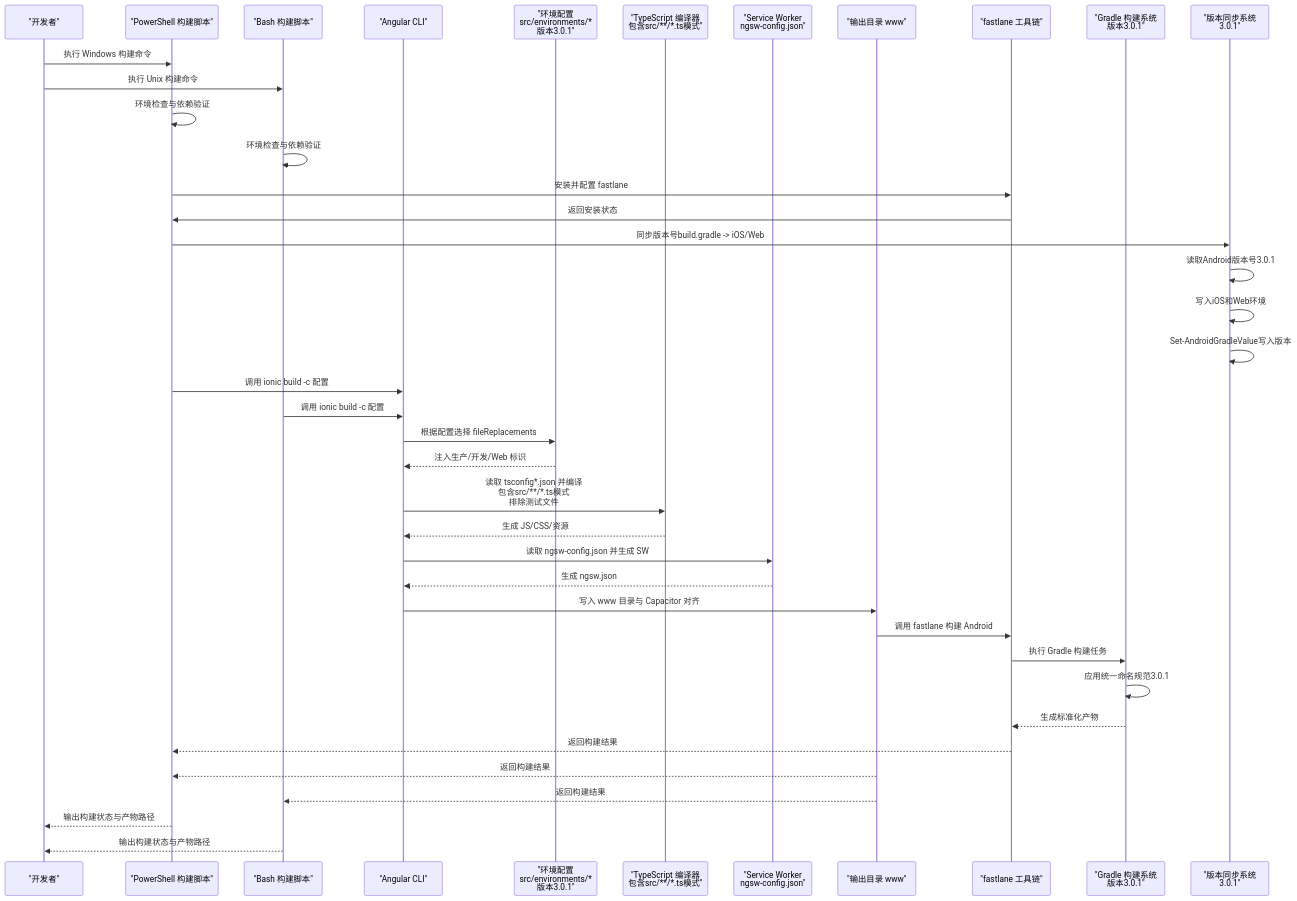
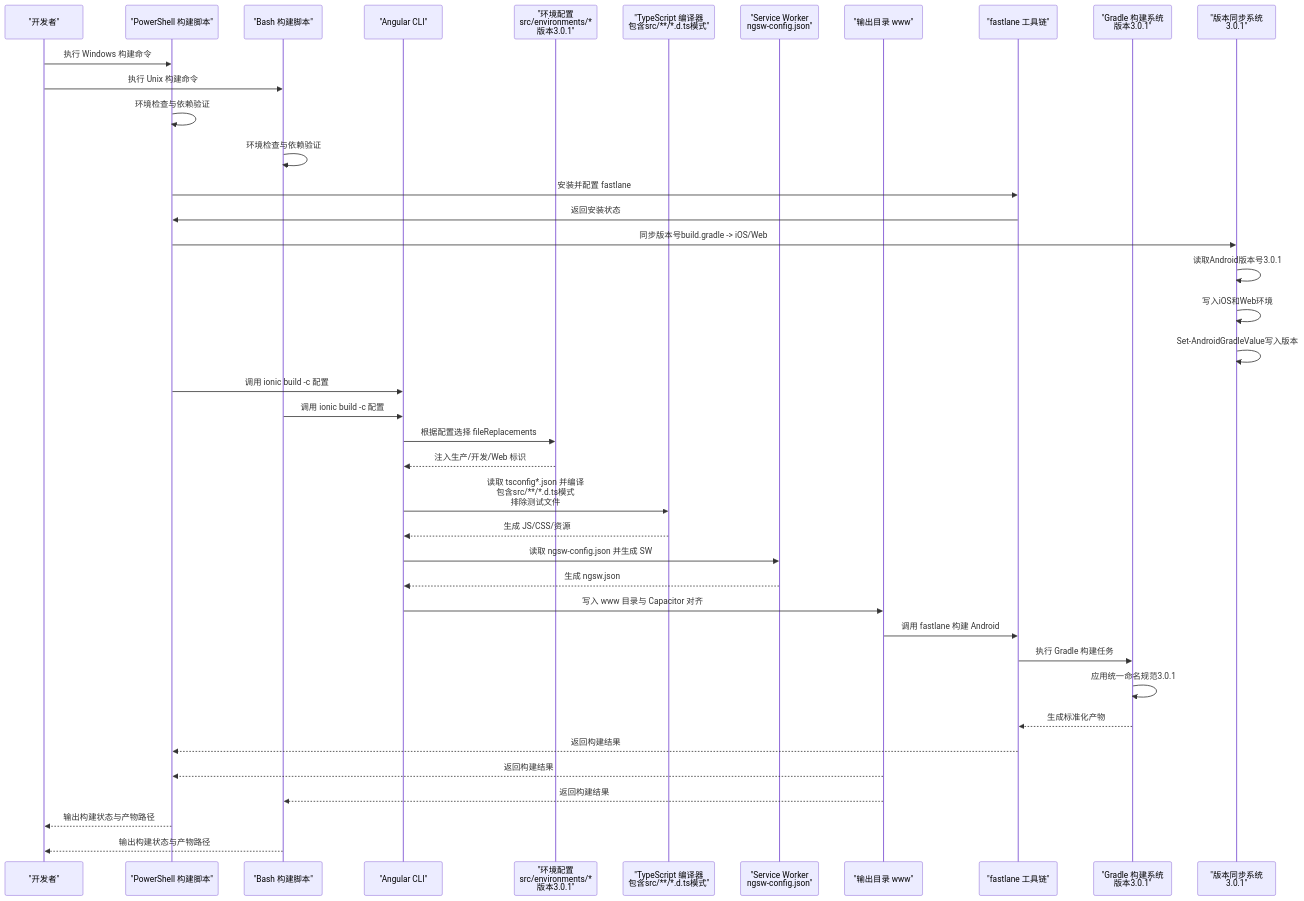
Before and after one commit to tea4go/Macro-Deck-Client-App: the second of 6 diagrams in .qoder/repowiki/zh/content/构建与部署/构建配置.md, drawn with Mermaid. The commit also changed other lines of this file and 15 other files, not shown here.

````diff
--- a/.qoder/repowiki/zh/content/构建与部署/构建配置.md
+++ b/.qoder/repowiki/zh/content/构建与部署/构建配置.md
@@ -197,42 +196,42 @@
 ```mermaid
 sequenceDiagram
 participant Dev as "开发者"
 participant WinPS as "PowerShell 构建脚本"
 participant UnixSh as "Bash 构建脚本"
 participant CLI as "Angular CLI"
 participant Env as "环境配置<br/>src/environments/*<br/>版本3.0.1"
-participant TS as "TypeScript 编译器<br/>包含src/**/*.ts模式"
+participant TS as "TypeScript 编译器<br/>包含src/**/*.d.ts模式"
 participant SW as "Service Worker<br/>ngsw-config.json"
 participant Out as "输出目录 www"
 participant Fastlane as "fastlane 工具链"
 participant Gradle as "Gradle 构建系统<br/>版本3.0.1"
 participant VersionSync as "版本同步系统<br/>3.0.1"
 Dev->>WinPS : 执行 Windows 构建命令
 Dev->>UnixSh : 执行 Unix 构建命令
 WinPS->>WinPS : 环境检查与依赖验证
 UnixSh->>UnixSh : 环境检查与依赖验证
 WinPS->>Fastlane : 安装并配置 fastlane
 Fastlane->>WinPS : 返回安装状态
 WinPS->>VersionSync : 同步版本号build.gradle -> iOS/Web
 VersionSync->>VersionSync : 读取Android版本号3.0.1
 VersionSync->>VersionSync : 写入iOS和Web环境
 VersionSync->>VersionSync : Set-AndroidGradleValue写入版本
 WinPS->>CLI : 调用 ionic build -c 配置
 UnixSh->>CLI : 调用 ionic build -c 配置
 CLI->>Env : 根据配置选择 fileReplacements
 Env-->>CLI : 注入生产/开发/Web 标识
-CLI->>TS : 读取 tsconfig*.json 并编译<br/>包含src/**/*.ts模式<br/>排除测试文件
+CLI->>TS : 读取 tsconfig*.json 并编译<br/>包含src/**/*.d.ts模式<br/>排除测试文件
 TS-->>CLI : 生成 JS/CSS/资源
 CLI->>SW : 读取 ngsw-config.json 并生成 SW
 SW-->>CLI : 生成 ngsw.json
 CLI->>Out : 写入 www 目录与 Capacitor 对齐
 Out->>Fastlane : 调用 fastlane 构建 Android
 Fastlane->>Gradle : 执行 Gradle 构建任务
 Gradle->>Gradle : 应用统一命名规范3.0.1
 Gradle-->>Fastlane : 生成标准化产物
 Fastlane-->>WinPS : 返回构建结果
 Out-->>WinPS : 返回构建结果
 Out-->>UnixSh : 返回构建结果
 WinPS-->>Dev : 输出构建状态与产物路径
 UnixSh-->>Dev : 输出构建状态与产物路径
 ```
````
